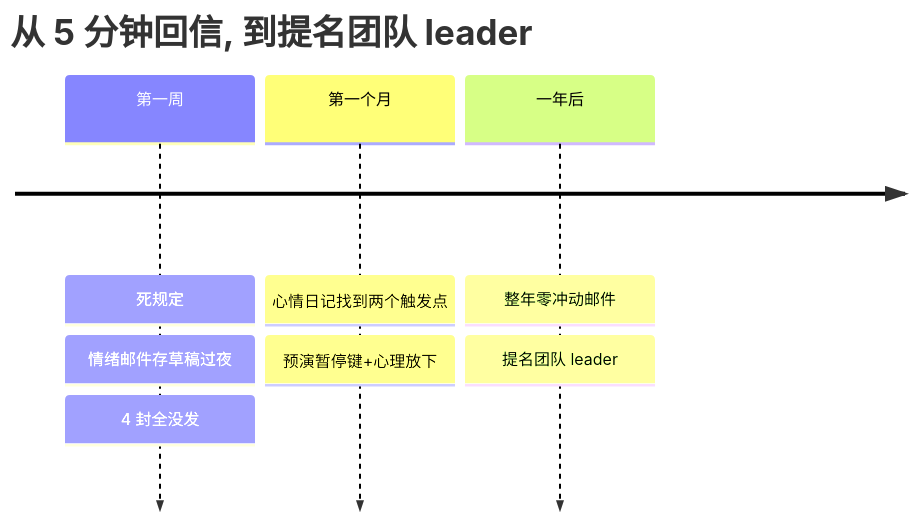
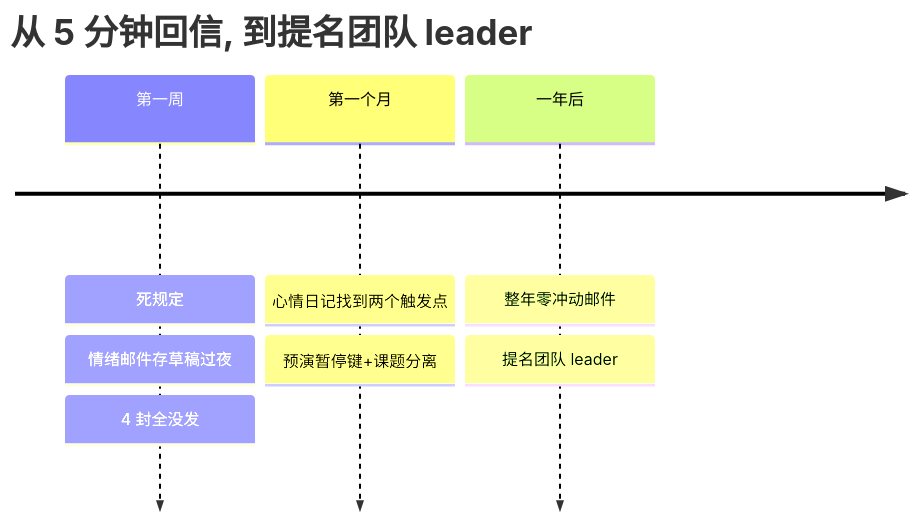
Before and after one commit to chongyang211/YCBookBlog: the ninth of 9 diagrams in packages/website/11.书籍/06.自我精进·立言/15.情商能力的学习.md, drawn with Mermaid. The commit also changed other lines of this file and 1 other file, not shown here.

````diff
--- a/packages/website/11.书籍/06.自我精进·立言/15.情商能力的学习.md
+++ b/packages/website/11.书籍/06.自我精进·立言/15.情商能力的学习.md
@@ -244,7 +311,7 @@
 ```mermaid
 timeline
     title 从 5 分钟回信, 到提名团队 leader
     第一周 : 死规定: 情绪邮件存草稿过夜 : 4 封全没发
-    第一个月 : 心情日记找到两个触发点 : 预演暂停键+心理放下
+    第一个月 : 心情日记找到两个触发点 : 预演暂停键+课题分离
     一年后 : 整年零冲动邮件 : 提名团队 leader
 ```
````
